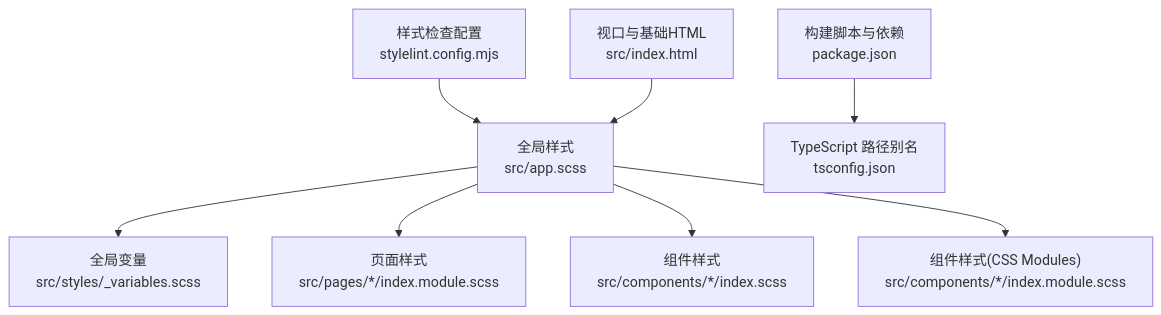
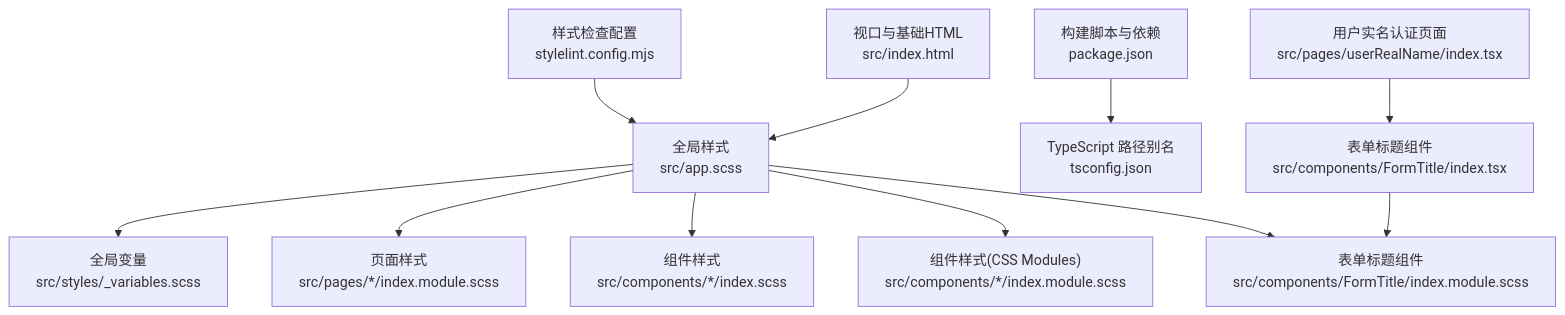
Before and after one commit to zuolinbao/redbook: the first of 6 diagrams in .qoder/repowiki/zh/content/样式系统/样式系统.md, drawn with Mermaid. The commit also changed other lines of this file and 20 other files, not shown here.

````diff
--- a/.qoder/repowiki/zh/content/样式系统/样式系统.md
+++ b/.qoder/repowiki/zh/content/样式系统/样式系统.md
@@ -55,10 +68,13 @@
 ```mermaid
 graph TB
 A["全局样式<br/>src/app.scss"] --> B["全局变量<br/>src/styles/_variables.scss"]
 A --> C["页面样式<br/>src/pages/*/index.module.scss"]
 A --> D["组件样式<br/>src/components/*/index.scss"]
 A --> E["组件样式(CSS Modules)<br/>src/components/*/index.module.scss"]
-F["构建脚本与依赖<br/>package.json"] --> G["TypeScript 路径别名<br/>tsconfig.json"]
-H["样式检查配置<br/>stylelint.config.mjs"] --> A
-I["视口与基础HTML<br/>src/index.html"] --> A
+A --> F["表单标题组件<br/>src/components/FormTitle/index.module.scss"]
+G["构建脚本与依赖<br/>package.json"] --> H["TypeScript 路径别名<br/>tsconfig.json"]
+I["样式检查配置<br/>stylelint.config.mjs"] --> A
+J["视口与基础HTML<br/>src/index.html"] --> A
+K["表单标题组件<br/>src/components/FormTitle/index.tsx"] --> F
+L["用户实名认证页面<br/>src/pages/userRealName/index.tsx"] --> K
 ```
````
